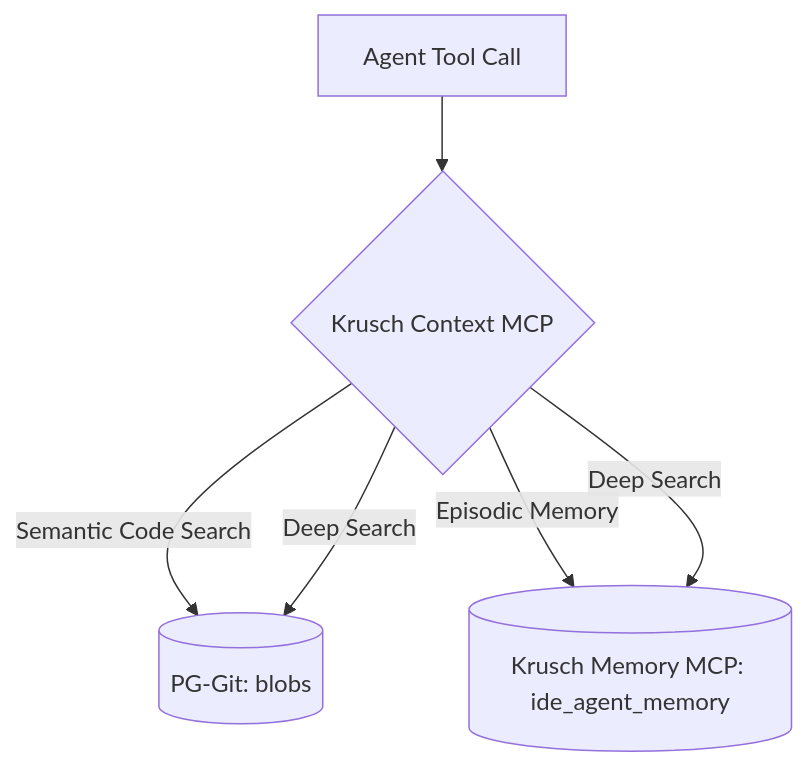
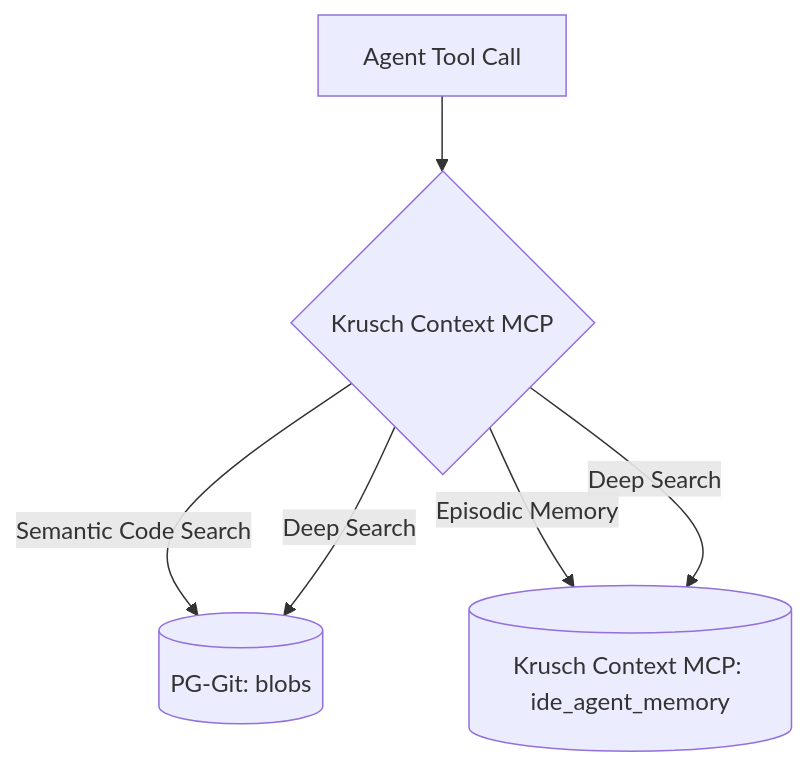
The diagram in README.md (kruschdev/krusch-context-mcp), drawn with Mermaid before and after one commit. The commit also changed other lines of this file, not shown here.

Commit message:
docs(krusch-context-mcp): rename krusch memory mcp to krusch context mcp in README

````diff
--- a/README.md
+++ b/README.md
@@ -33,8 +33,8 @@
 ```mermaid
 graph TD;
     A[Agent Tool Call] --> B{Krusch Context MCP};
     B -- Semantic Code Search --> C[(PG-Git: blobs)];
-    B -- Episodic Memory --> D[(Krusch Memory MCP: ide_agent_memory)];
+    B -- Episodic Memory --> D[(Krusch Context MCP: ide_agent_memory)];
     B -- Deep Search --> C;
     B -- Deep Search --> D;
 ```
````
